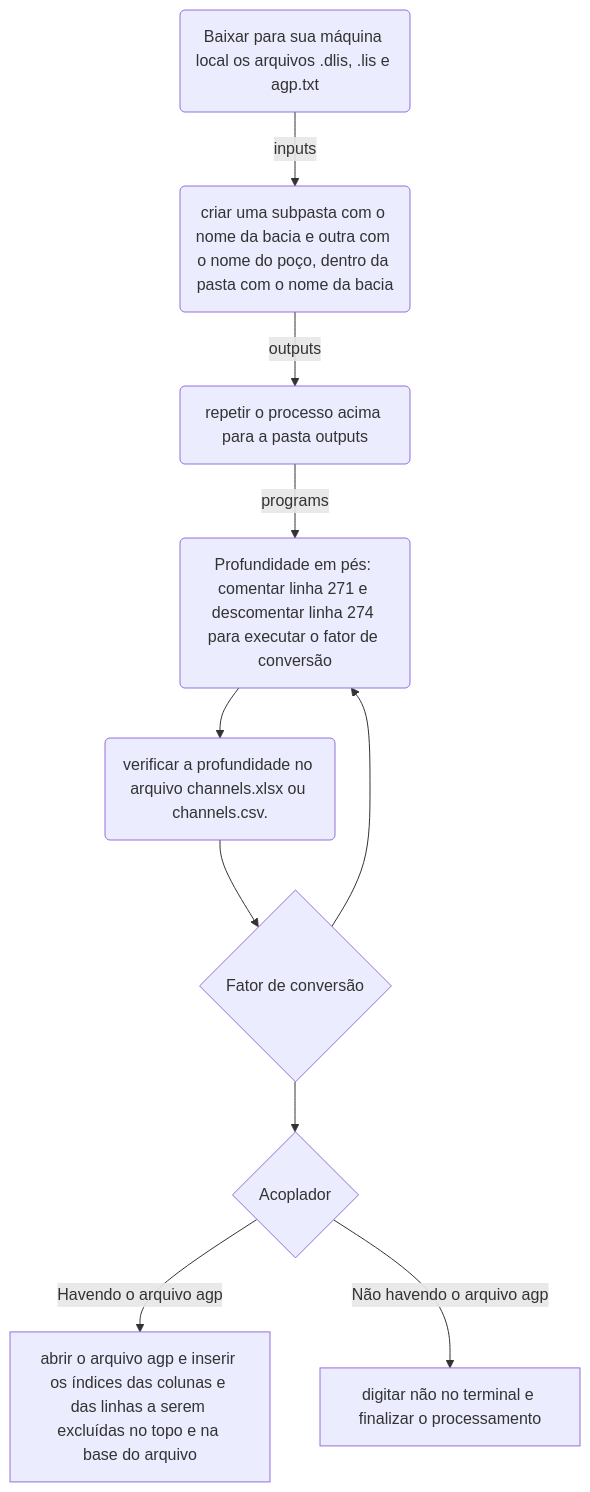
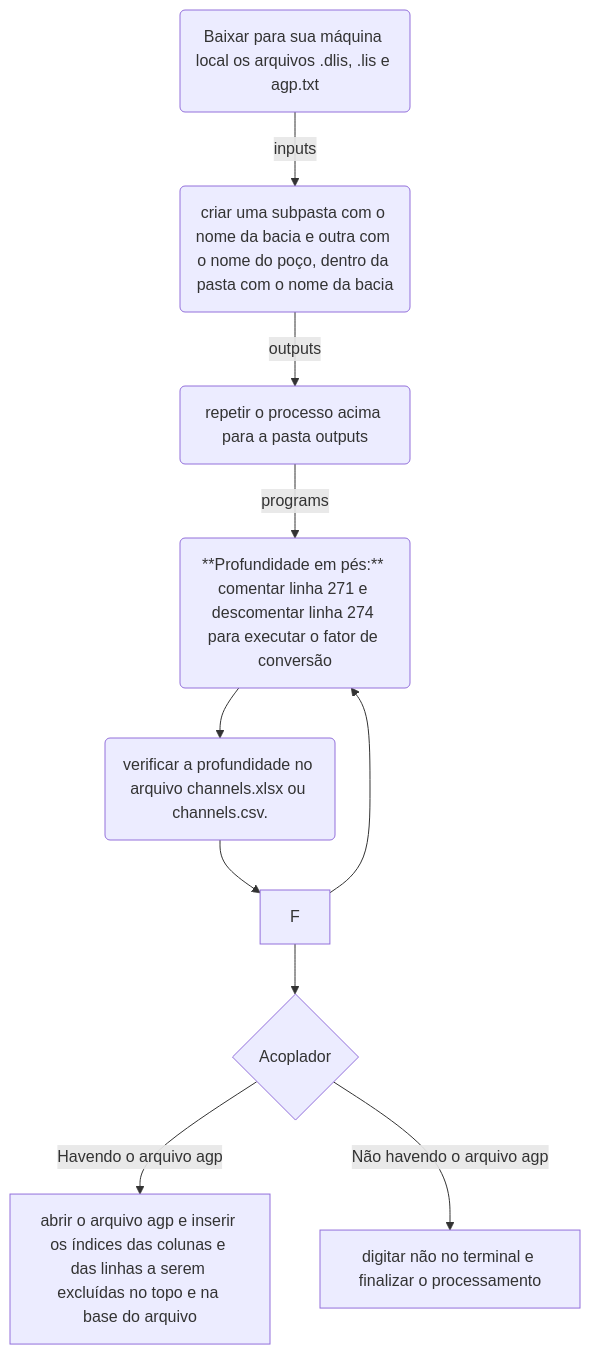
Before and after one commit to PR-4/Odisseia: the diagram in README.md, drawn with Mermaid.

````diff
--- a/README.md
+++ b/README.md
@@ -18,18 +18,18 @@
 ```mermaid
 flowchart TD
 
 A(Baixar para sua máquina local os arquivos .dlis, .lis e agp.txt) -->|inputs| B(criar uma subpasta com o nome da bacia e outra com o nome do poço, dentro da pasta com o nome da bacia)
     B --> |outputs| C(repetir o processo acima para a pasta outputs)
     C --> |programs| D(executar no terminal o comando python odisseu.py)
     D -->  E(verificar a profundidade no arquivo channels.xlsx ou channels.csv. )
-    E --> F{Fator de conversão}  
+    E --> F 
     
-    F --> D(Profundidade em pés: comentar linha 271 e descomentar linha 274 para executar o fator de conversão)
-    F --> G(Profundiade em metros: alimentar a lista propriedades com as propriedades alvo)
+    F --> D(**Profundidade em pés:** comentar linha 271 e descomentar linha 274 para executar o fator de conversão)
+    F --> G(**Profundiade em metros:** alimentar a lista propriedades com as propriedades alvo)
 
                G{Acoplador}
    G --> |Havendo o arquivo agp| H[abrir o arquivo agp e inserir os índices das colunas e das linhas a serem excluídas no topo e na base do arquivo]   
    G --> |Não havendo o arquivo agp| I[digitar não no terminal e finalizar o processamento]
 
 
 ```
````
